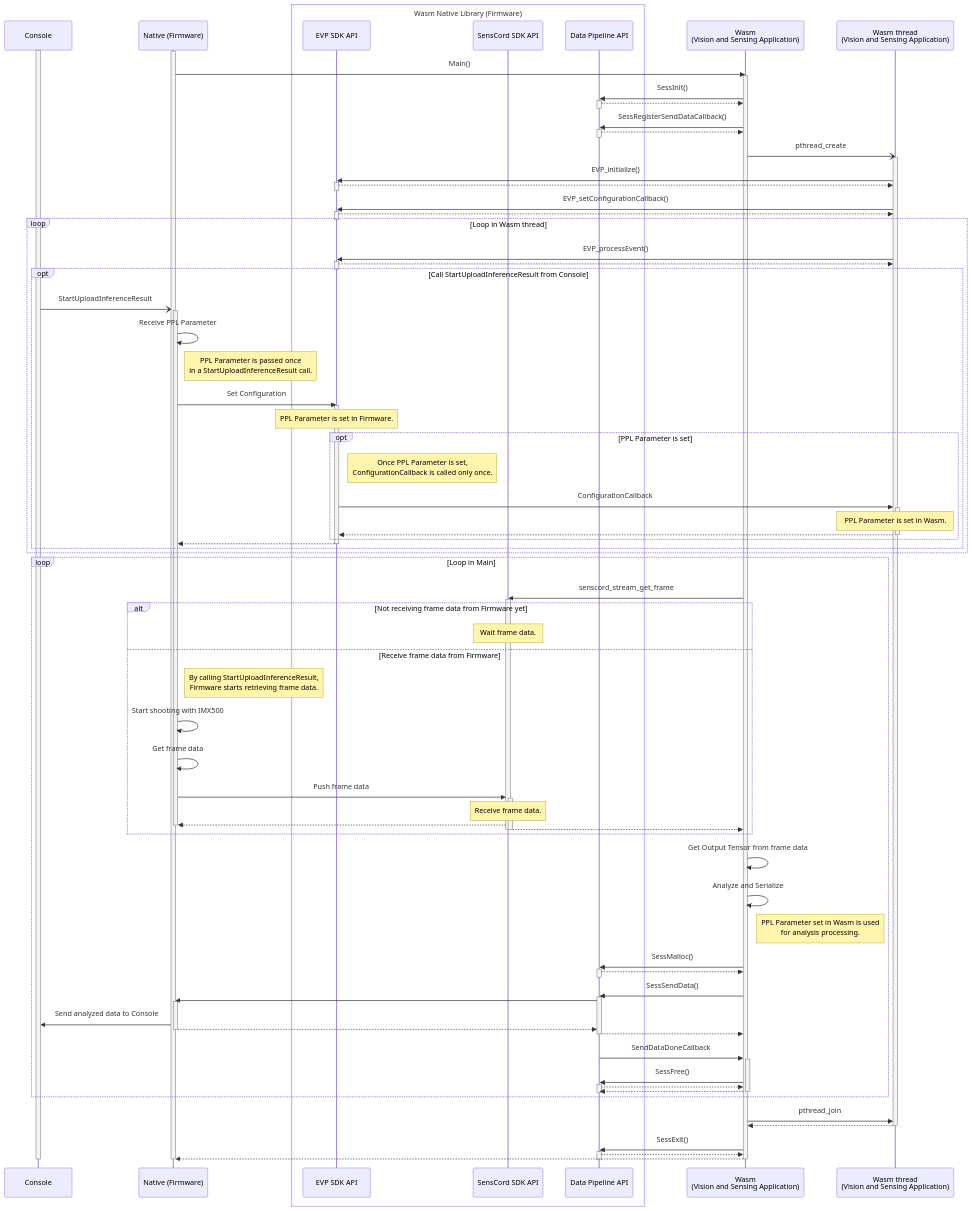
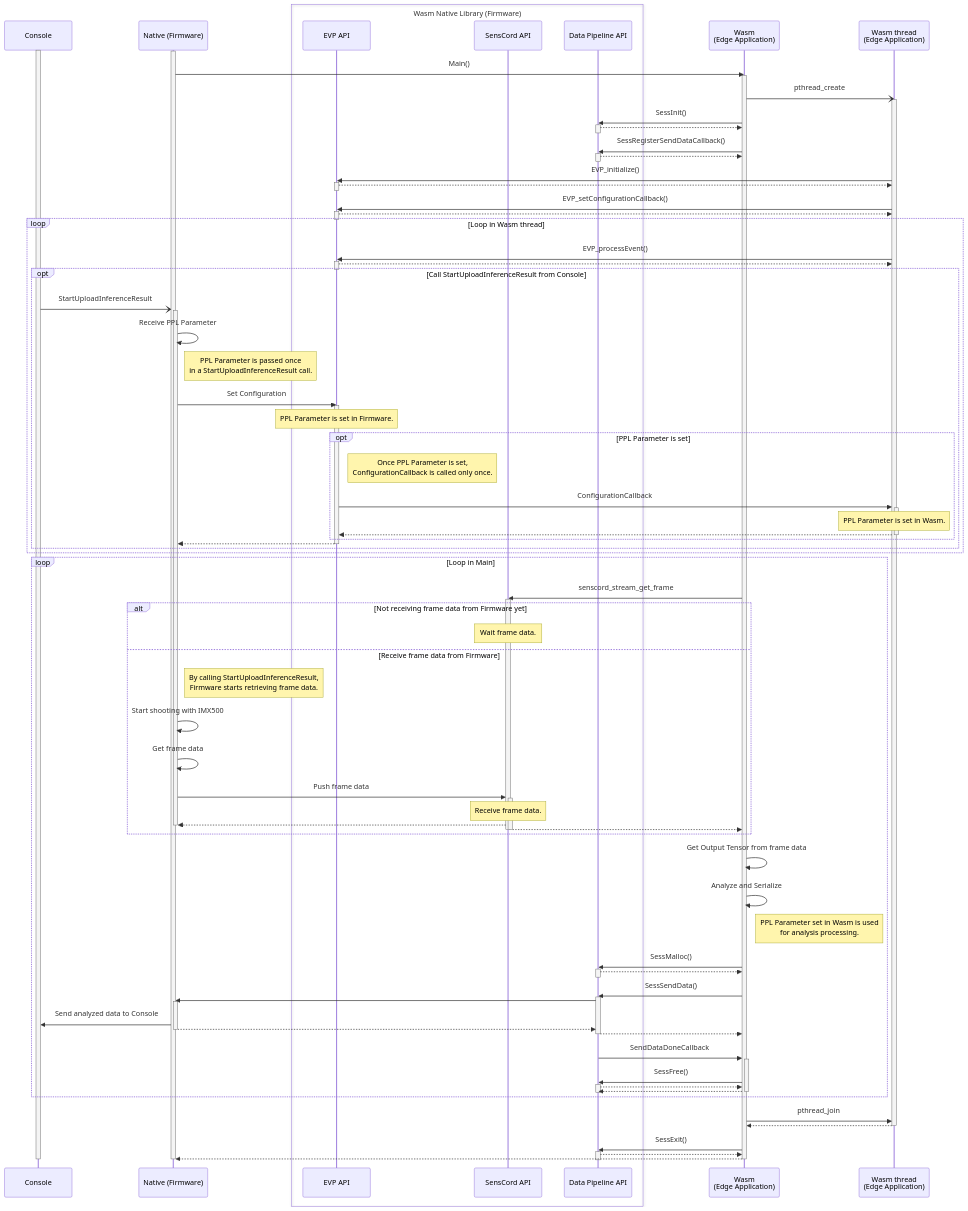
The diagram in tutorials/4_prepare_application/1_develop/README_api_seq.md (ZucchiniTang/aitrios-sdk-vision-sensing-app), drawn with Mermaid before and after one commit. The commit also changed other lines of this file and 170 other files, not shown here.

```diff
--- a/tutorials/4_prepare_application/1_develop/README_api_seq.md
+++ b/tutorials/4_prepare_application/1_develop/README_api_seq.md
@@ -11,12 +11,12 @@
 participant Console as Console
 participant Native as Native (Firmware)
 box Wasm Native Library (Firmware)
-participant evp as EVP SDK API
-participant senscord as SensCord SDK API
+participant evp as EVP API
+participant senscord as SensCord API
 participant dpl as Data Pipeline API
 end
-participant Wasm as Wasm<br> (Vision and Sensing Application)
-participant Wasm_Thread as Wasm thread<br> (Vision and Sensing Application)
+participant Wasm as Wasm<br> (Edge Application)
+participant Wasm_Thread as Wasm thread<br> (Edge Application)
 
 
 %% Initialize
@@ -25,6 +25,9 @@
 
 Native->>Wasm: Main()
 activate Wasm
+
+Wasm-)Wasm_Thread: pthread_create
+activate Wasm_Thread
 
 Wasm->>dpl: SessInit()
 activate dpl
@@ -35,9 +38,6 @@
 activate dpl
 dpl-->>Wasm: 
 deactivate dpl
-
-Wasm-)Wasm_Thread: pthread_create
-activate Wasm_Thread
 
 Wasm_Thread->>evp: EVP_initialize()
 activate evp
```
